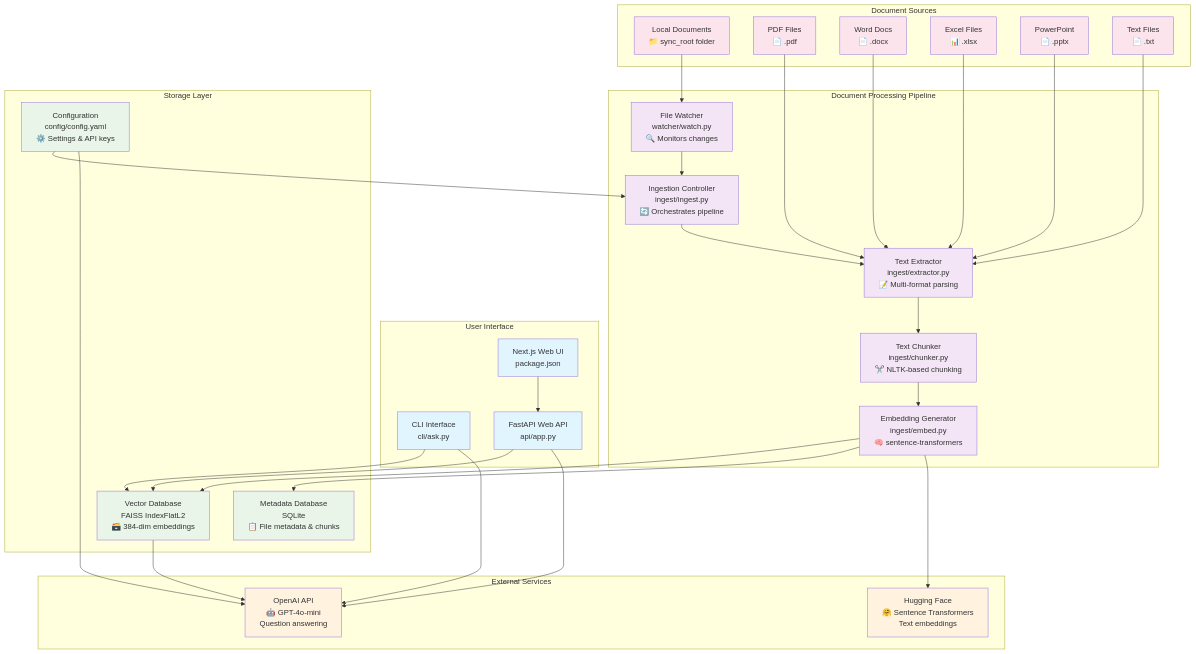
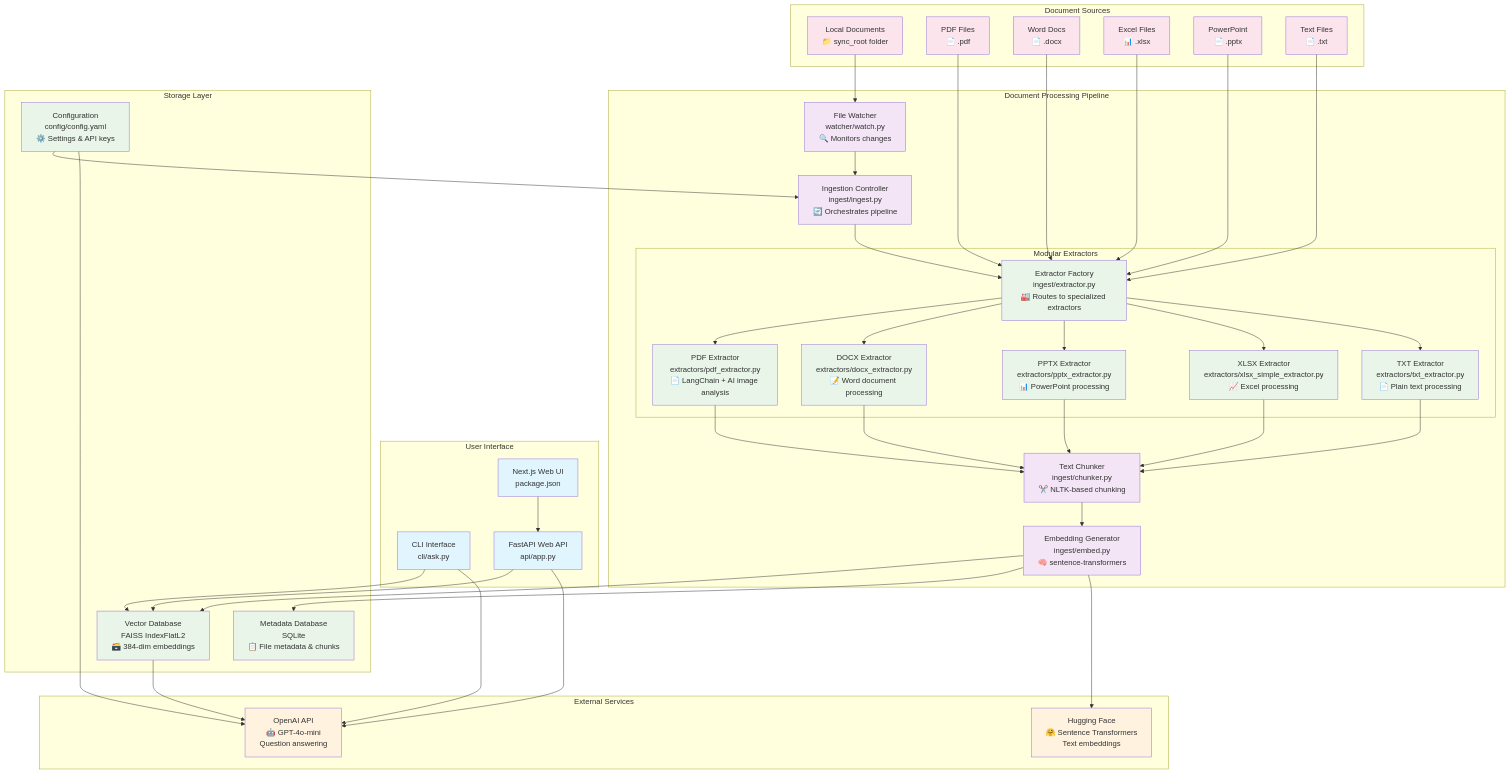
The first of 4 diagrams in docs/ARCHITECTURE.md (AbhiramDwivedi/docrag), drawn with Mermaid before and after one commit. The commit also changed other lines of this file and 12 other files, not shown here.

First line of the commit message:
refactor: implement modular extractor architecture

```diff
--- a/docs/ARCHITECTURE.md
+++ b/docs/ARCHITECTURE.md
@@ -30,7 +30,16 @@
     %% Processing Pipeline
     subgraph "Document Processing Pipeline"
         Watcher[File Watcher<br/>watcher/watch.py<br/>🔍 Monitors changes]
-        Extractor[Text Extractor<br/>ingest/extractor.py<br/>📝 Multi-format parsing]
+        
+        subgraph "Modular Extractors"
+            ExtractorFactory[Extractor Factory<br/>ingest/extractor.py<br/>🏭 Routes to specialized extractors]
+            PDFExtractor[PDF Extractor<br/>extractors/pdf_extractor.py<br/>📄 LangChain + AI image analysis]
+            DOCXExtractor[DOCX Extractor<br/>extractors/docx_extractor.py<br/>📝 Word document processing]
+            PPTXExtractor[PPTX Extractor<br/>extractors/pptx_extractor.py<br/>📊 PowerPoint processing]
+            XLSXExtractor[XLSX Extractor<br/>extractors/xlsx_simple_extractor.py<br/>📈 Excel processing]
+            TXTExtractor[TXT Extractor<br/>extractors/txt_extractor.py<br/>📄 Plain text processing]
+        end
+        
         Chunker[Text Chunker<br/>ingest/chunker.py<br/>✂️ NLTK-based chunking]
         Embedder[Embedding Generator<br/>ingest/embed.py<br/>🧠 sentence-transformers]
         Ingest[Ingestion Controller<br/>ingest/ingest.py<br/>🔄 Orchestrates pipeline]
@@ -51,15 +60,26 @@
 
     %% Data Flow
     LocalDocs --> Watcher
-    PDFs --> Extractor
-    Word --> Extractor
-    Excel --> Extractor
-    PPT --> Extractor
-    TXT --> Extractor
+    PDFs --> ExtractorFactory
+    Word --> ExtractorFactory
+    Excel --> ExtractorFactory
+    PPT --> ExtractorFactory
+    TXT --> ExtractorFactory
+    
+    ExtractorFactory --> PDFExtractor
+    ExtractorFactory --> DOCXExtractor
+    ExtractorFactory --> PPTXExtractor
+    ExtractorFactory --> XLSXExtractor
+    ExtractorFactory --> TXTExtractor
+    
+    PDFExtractor --> Chunker
+    DOCXExtractor --> Chunker
+    PPTXExtractor --> Chunker
+    XLSXExtractor --> Chunker
+    TXTExtractor --> Chunker
     
     Watcher --> Ingest
-    Ingest --> Extractor
-    Extractor --> Chunker
+    Ingest --> ExtractorFactory
     Chunker --> Embedder
     Embedder --> VectorDB
     Embedder --> MetaDB
@@ -79,12 +99,14 @@
     %% Styling
     classDef userInterface fill:#e1f5fe
     classDef processing fill:#f3e5f5
+    classDef extractors fill:#e8f5e8
     classDef storage fill:#e8f5e8
     classDef external fill:#fff3e0
     classDef documents fill:#fce4ec
 
     class CLI,API,WebUI userInterface
-    class Watcher,Extractor,Chunker,Embedder,Ingest processing
+    class Watcher,Chunker,Embedder,Ingest processing
+    class ExtractorFactory,PDFExtractor,DOCXExtractor,PPTXExtractor,XLSXExtractor,TXTExtractor extractors
     class VectorDB,MetaDB,ConfigFile storage
     class OpenAI,HuggingFace external
     class LocalDocs,PDFs,Word,Excel,PPT,TXT documents
```
